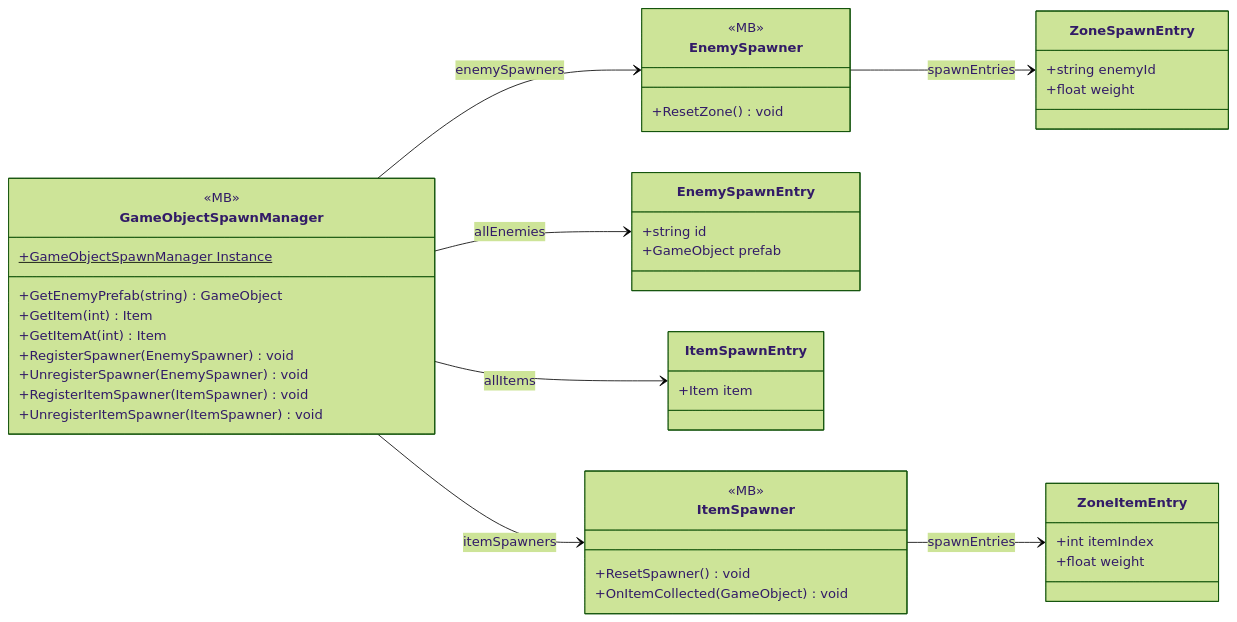
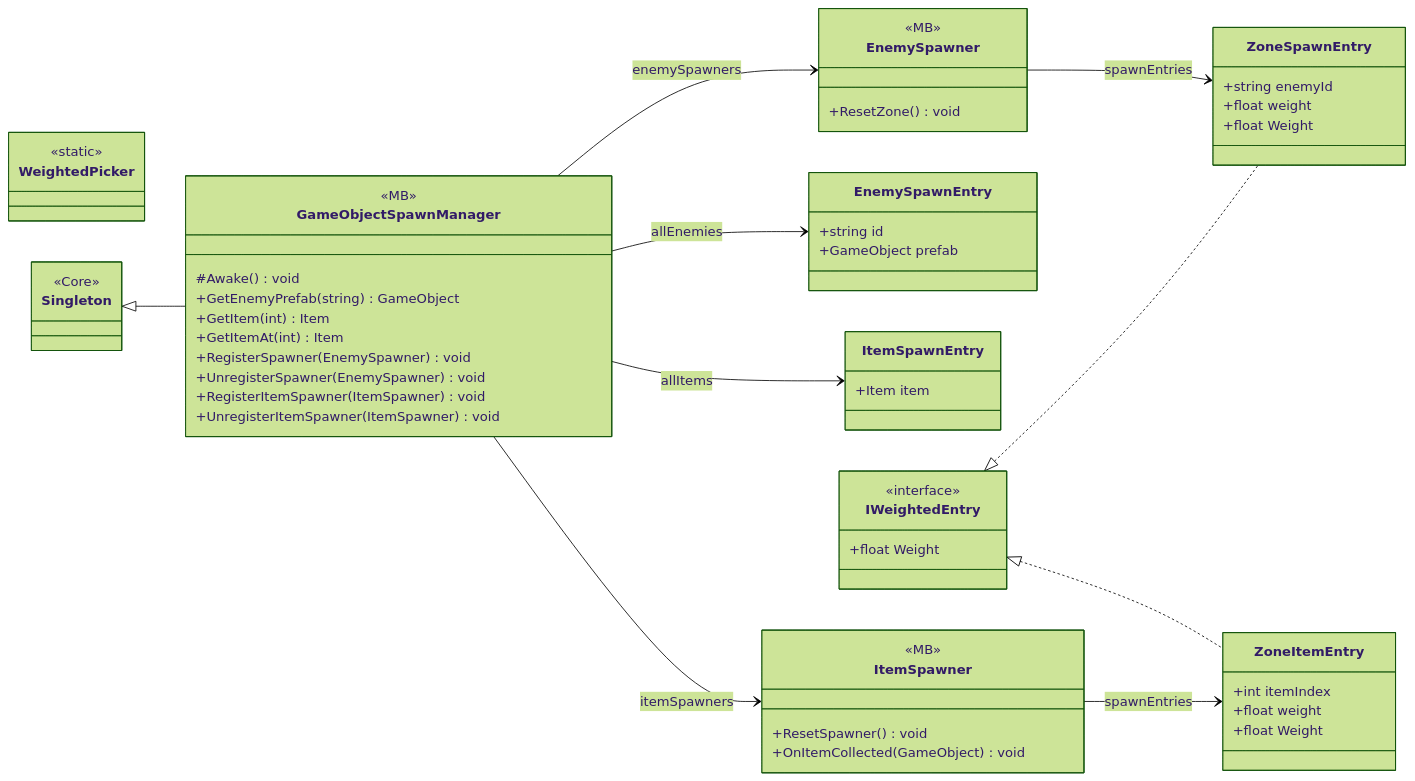
The diagram in docs/uml/modules/Gameplay_Spawning.md (PhumipatWave/project-ocean), drawn with Mermaid (forest theme) before and after one commit. The commit also changed other lines of this file and 71 other files, not shown here.

Commit message:
Update UML diagrams

````diff
--- a/docs/uml/modules/Gameplay_Spawning.md
+++ b/docs/uml/modules/Gameplay_Spawning.md
@@ -7,45 +7,60 @@
 ```mermaid
 classDiagram
   direction LR
   class ZoneSpawnEntry {
     +string enemyId
     +float weight
+    +float Weight
   }
   class EnemySpawner {
     <<MB>>
     +ResetZone() void
   }
   class EnemySpawnEntry {
     +string id
     +GameObject prefab
   }
   class ItemSpawnEntry {
     +Item item
   }
   class GameObjectSpawnManager {
     <<MB>>
-    +GameObjectSpawnManager Instance$
+    #Awake() void
     +GetEnemyPrefab(string) GameObject
     +GetItem(int) Item
     +GetItemAt(int) Item
     +RegisterSpawner(EnemySpawner) void
     +UnregisterSpawner(EnemySpawner) void
     +RegisterItemSpawner(ItemSpawner) void
     +UnregisterItemSpawner(ItemSpawner) void
   }
   class ZoneItemEntry {
     +int itemIndex
     +float weight
+    +float Weight
   }
   class ItemSpawner {
     <<MB>>
     +ResetSpawner() void
     +OnItemCollected(GameObject) void
   }
+  class IWeightedEntry {
+    <<interface>>
+    +float Weight
+  }
+  class WeightedPicker {
+    <<static>>
+  }
+  class Singleton {
+    <<Core>>
+  }
   EnemySpawner --> ZoneSpawnEntry : spawnEntries
   GameObjectSpawnManager --> EnemySpawnEntry : allEnemies
   GameObjectSpawnManager --> EnemySpawner : enemySpawners
   GameObjectSpawnManager --> ItemSpawnEntry : allItems
   GameObjectSpawnManager --> ItemSpawner : itemSpawners
+  IWeightedEntry <|.. ZoneItemEntry
+  IWeightedEntry <|.. ZoneSpawnEntry
   ItemSpawner --> ZoneItemEntry : spawnEntries
+  Singleton <|-- GameObjectSpawnManager
 ```
````
